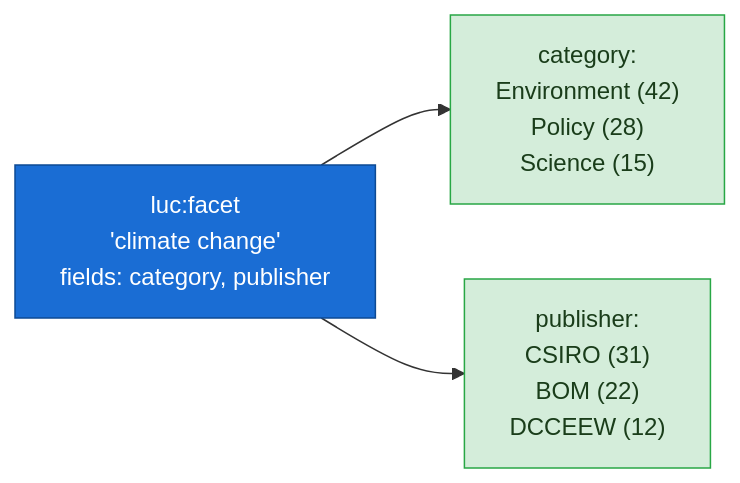
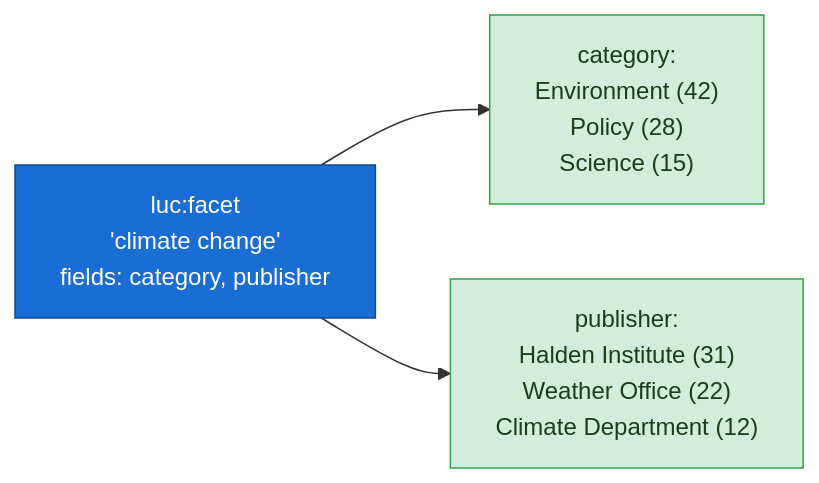
One commit to Kurrawong/jena changed the second of 12 diagrams in docs/08-use-cases.md. Above: the diagram before and after it, drawn with Mermaid. The commit also changed other lines of this file and 40 other files, not shown here.

````diff
--- a/docs/08-use-cases.md
+++ b/docs/08-use-cases.md
@@ -54,13 +54,13 @@
 ```mermaid
 flowchart LR
     Query["luc:facet<br/>'climate change'<br/>fields: category, publisher"]
     Cat["category:<br/>Environment (42)<br/>Policy (28)<br/>Science (15)"]
-    Pub["publisher:<br/>CSIRO (31)<br/>BOM (22)<br/>DCCEEW (12)"]
+    Pub["publisher:<br/>Halden Institute (31)<br/>Weather Office (22)<br/>Climate Department (12)"]
 
     Query --> Cat
     Query --> Pub
 
     style Query fill:#1a6dd4,stroke:#0d4a94,color:#fff
     style Cat fill:#d4edda,stroke:#28a745,color:#1a3d1a
     style Pub fill:#d4edda,stroke:#28a745,color:#1a3d1a
 ```
````
